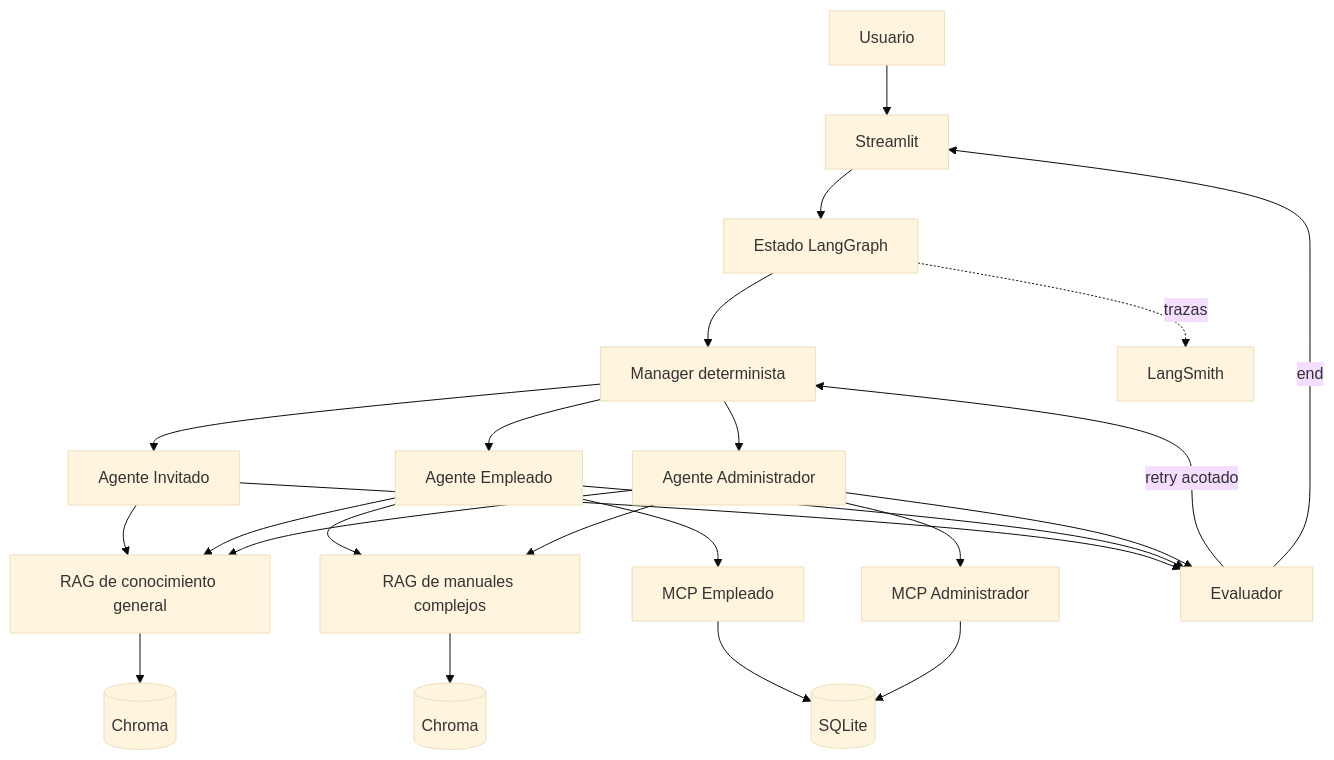
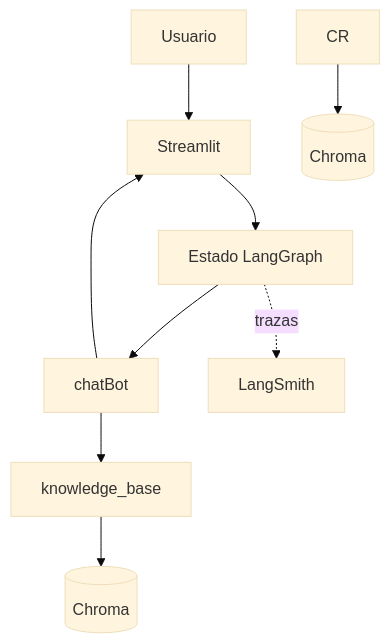
Before and after one commit to leonardog87/CODER-102110-AI-Engineering-GOMEZ: the diagram in README.md, drawn with Mermaid (base theme). The commit also changed other lines of this file and 110 other files, not shown here.

````diff
--- a/README.md
+++ b/README.md
@@ -12,26 +12,11 @@
 ```mermaid
 flowchart TD
     U[Usuario] --> UI[Streamlit]
     UI --> S[Estado LangGraph]
-    S --> M[Manager determinista]
-    M --> I[Agente Invitado]
-    M --> E[Agente Empleado]
-    M --> A[Agente Administrador]
-    I --> KG[RAG de conocimiento general]
-    E --> KG
-    E --> CR[RAG de manuales complejos]
-    A --> KG
-    A --> CR
-    E --> ME[MCP Empleado]
-    A --> MA[MCP Administrador]
-    ME --> DB[(SQLite)]
-    MA --> DB
-    I --> EV[Evaluador]
-    E --> EV
-    A --> EV
-    EV -->|retry acotado| M
-    EV -->|end| UI
+    S --> B[chatBot]
+    B --> KG[knowledge_base]
+    B --> UI
     S -. trazas .-> LS[LangSmith]
     KG --> C1[(Chroma)]
     CR --> C2[(Chroma)]
 ```
````
